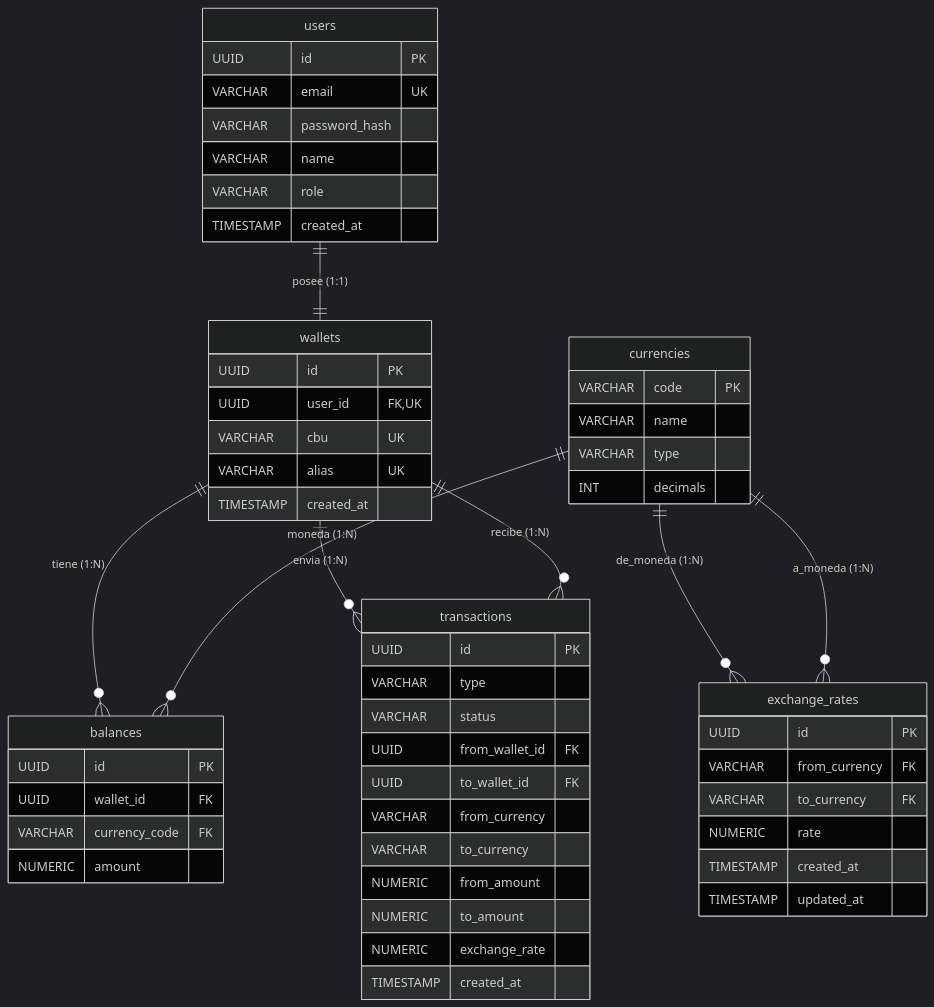
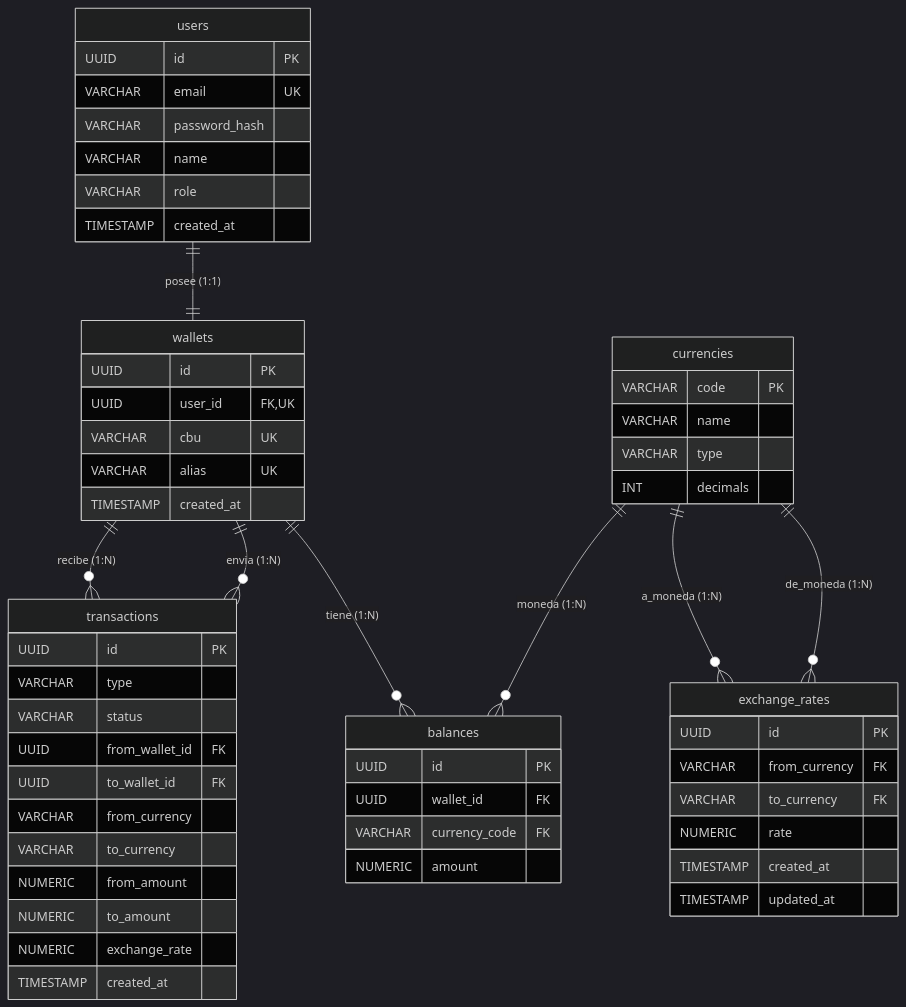
Before and after one commit to FacundoRozalez/Challenger-: the diagram in README.md, drawn with Mermaid (dark theme).

````diff
--- a/README.md
+++ b/README.md
@@ -1,59 +1,64 @@
 ```mermaid
 erDiagram
+    %% --- FLUJO PRINCIPAL: USUARIO A BILLETERA ---
     users ||--|| wallets : "posee (1:1)"
+
+    %% --- FLUJO DE FONDOS Y MOVIMENTOS ---
     wallets ||--o{ balances : "tiene (1:N)"
-    currencies ||--o{ balances : "moneda (1:N)"
+    wallets ||--o{ transactions : "envia (1:N)"
+    wallets ||--o{ transactions : "recibe (1:N)"
+
+    %% --- CONFIGURACIÓN DE MONEDAS (Separadas abajo) ---
     currencies ||--o{ exchange_rates : "de_moneda (1:N)"
     currencies ||--o{ exchange_rates : "a_moneda (1:N)"
-    wallets ||--o{ transactions : "envia (1:N)"
-    wallets ||--o{ transactions : "recibe (1:N)"
+    currencies ||--o{ balances : "moneda (1:N)"
 
     users {
         UUID id PK
         VARCHAR email UK
         VARCHAR password_hash
         VARCHAR name
         VARCHAR role
         TIMESTAMP created_at
     }
     wallets {
         UUID id PK
         UUID user_id FK, UK
         VARCHAR cbu UK
         VARCHAR alias UK
         TIMESTAMP created_at
     }
     balances {
         UUID id PK
         UUID wallet_id FK
         VARCHAR currency_code FK
         NUMERIC amount
     }
     currencies {
         VARCHAR code PK
         VARCHAR name
         VARCHAR type
         INT decimals
     }
     exchange_rates {
         UUID id PK
         VARCHAR from_currency FK
         VARCHAR to_currency FK
         NUMERIC rate
         TIMESTAMP created_at
         TIMESTAMP updated_at
     }
     transactions {
         UUID id PK
         VARCHAR type
         VARCHAR status
         UUID from_wallet_id FK
         UUID to_wallet_id FK
         VARCHAR from_currency
         VARCHAR to_currency
         NUMERIC from_amount
         NUMERIC to_amount
         NUMERIC exchange_rate
         TIMESTAMP created_at
     }
 ```
````
